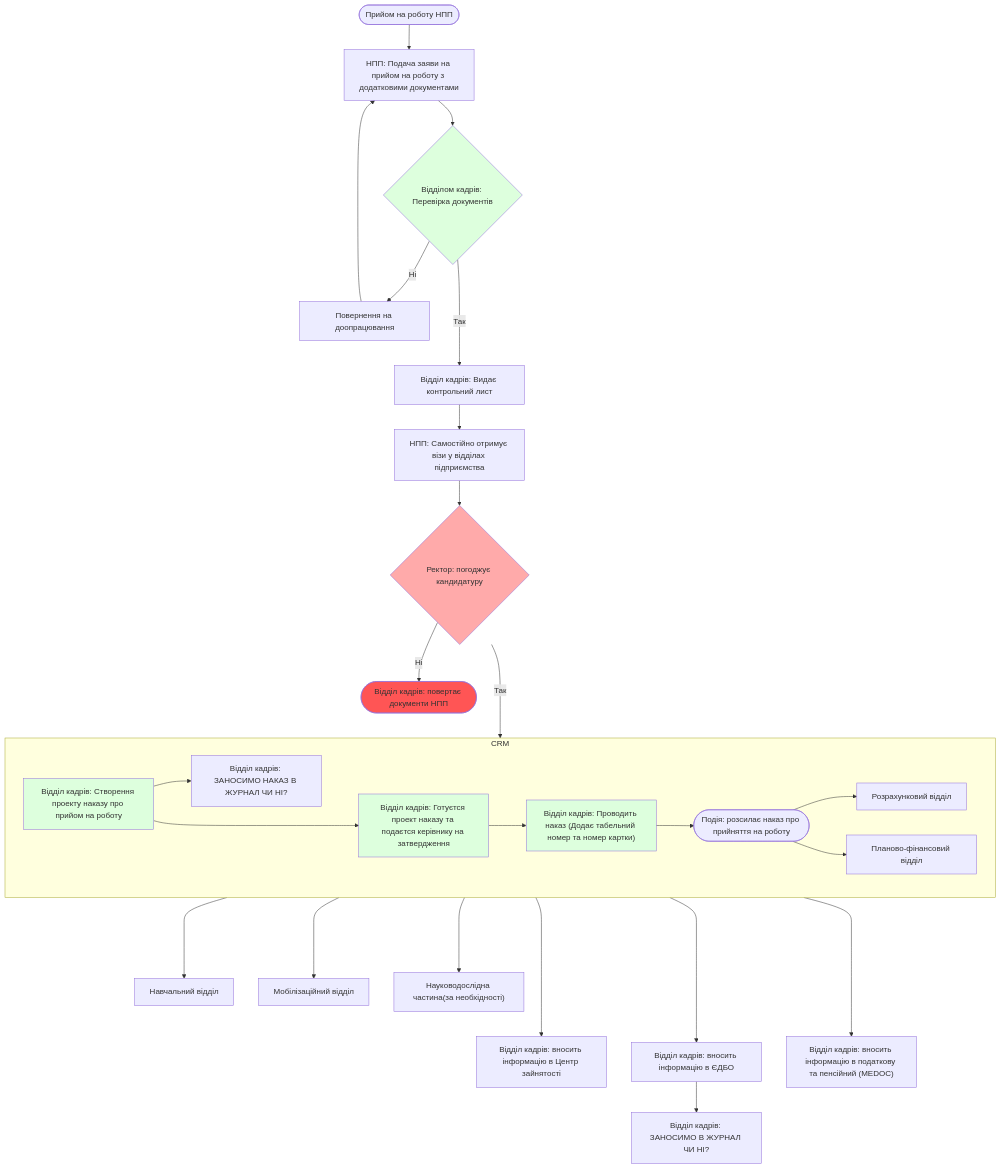
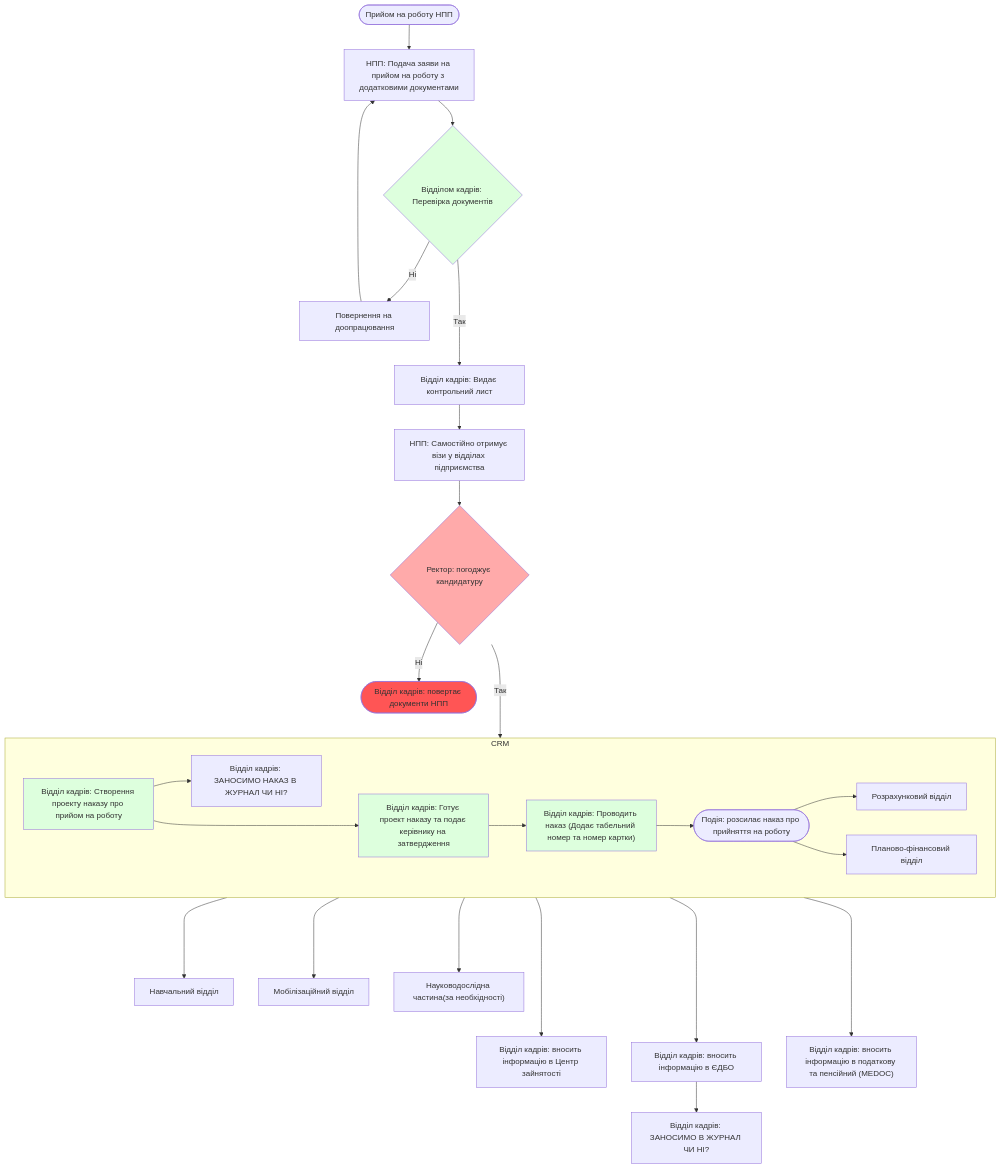
Before and after one commit to lisnayk/hr-workflows: the first of 2 diagrams in processes/onboarding/npp.md, drawn with Mermaid.

````diff
--- a/processes/onboarding/npp.md
+++ b/processes/onboarding/npp.md
@@ -35,38 +35,38 @@
 ```mermaid
 flowchart TB
     TITLE(["Прийом на роботу НПП"])
     TITLE --> APPLICATION["НПП: Подача заяви на прийом на роботу з додатковими документами"]
     APPLICATION --> R1{"Відділом кадрів: Перевірка документів"}
     R1 -- " Ні " --> NOT_VALID["Повернення на доопрацювання"]
     R1 -- " Так " ---> CHECK_LIST["Відділ кадрів: Видає контрольний лист"]
     NOT_VALID --> APPLICATION
     CHECK_LIST --> SIGNS["НПП: Самостійно отримує візи у відділах підприємства"]
     SIGNS --> R2{"Ректор: погоджує кандидатуру"}
     subgraph "CRM"
         direction LR
         APPROVE["Відділ кадрів: Створення проекту наказу про прийом на роботу"]
         APPROVE --> REPORT["Відділ кадрів: ЗАНОСИМО НАКАЗ В ЖУРНАЛ ЧИ НІ?"]
-        APPROVE ---> HEAD_APPROVE["Відділ кадрів: Готуєтся проект наказу та подаєтся керівнику на затвердження"]
+        APPROVE ---> HEAD_APPROVE["Відділ кадрів: Готує проект наказу та подає керівнику на затвердження"]
         HEAD_APPROVE --> PROVODKA["Відділ кадрів: Проводить наказ (Додає табельний номер та номер картки)"]
         PROVODKA --> EVENT_CREATED(["Подія: розсилає наказ про прийняття на роботу"])
         EVENT_CREATED --> V1["Розрахунковий відділ"]
         EVENT_CREATED --> V2["Планово-фінансовий відділ"]
     end
     R2 -- " Ні " --> REJECT(["Відділ кадрів: повертає документи НПП"])
     R2 -- " Так " ---> CRM
 
 
     PROVODKA ----> V3["Навчальний відділ"]
     PROVODKA ----> V4["Мобілізаційний відділ"]
     PROVODKA ----> V5["Науководослідна частина(за необхідності)"]
     PROVODKA -----> EXT0["Відділ кадрів: вносить інформацію в Центр зайнятості"]
     PROVODKA -----> EXT1["Відділ кадрів: вносить інформацію в ЄДБО"]
     PROVODKA -----> EXT2["Відділ кадрів: вносить інформацію в податкову та пенсійний (MEDOC)"]
     EXT1 --> REPORT2["Відділ кадрів: ЗАНОСИМО В ЖУРНАЛ ЧИ НІ?"]
     style REJECT fill: #f55
     style R1 fill: #dfd
     style PROVODKA fill: #dfd
     style HEAD_APPROVE fill: #dfd
     style APPROVE fill: #dfd
     style R2 fill: #faa
 ```
````
